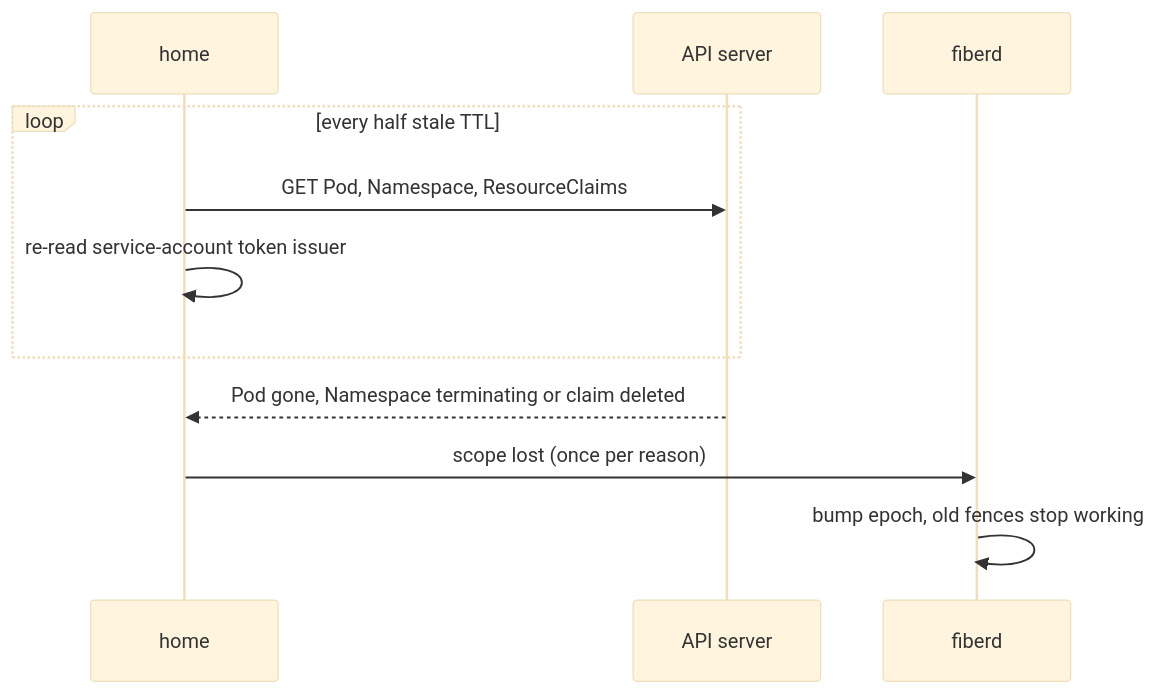
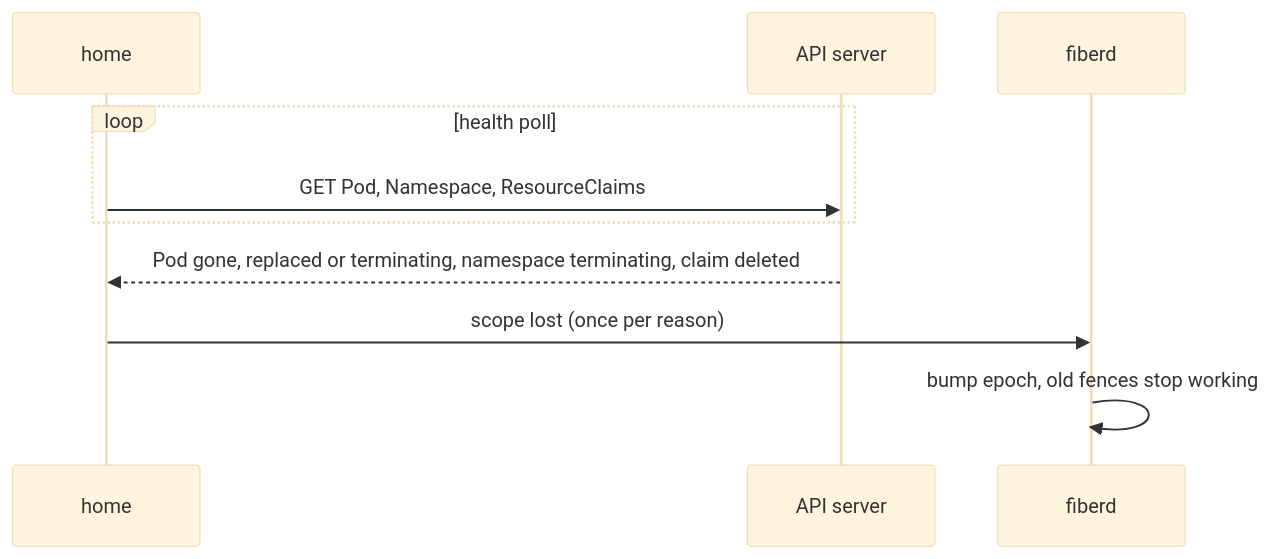
Before and after one commit to helayoty/fiberd: the second of 2 diagrams in docs/design/kubernetes.md, drawn with Mermaid (base theme). The commit also changed other lines of this file and 83 other files, not shown here.

````diff
--- a/docs/design/kubernetes.md
+++ b/docs/design/kubernetes.md
@@ -41,13 +41,12 @@
 ```mermaid
 sequenceDiagram
   participant H as home
   participant API as API server
   participant A as fiberd
-  loop every half stale TTL
+  loop health poll
     H->>API: GET Pod, Namespace, ResourceClaims
-    H->>H: re-read service-account token issuer
   end
-  API-->>H: Pod gone, Namespace terminating or claim deleted
+  API-->>H: Pod gone, replaced or terminating, namespace terminating, claim deleted
   H->>A: scope lost (once per reason)
   A->>A: bump epoch, old fences stop working
 ```
````
